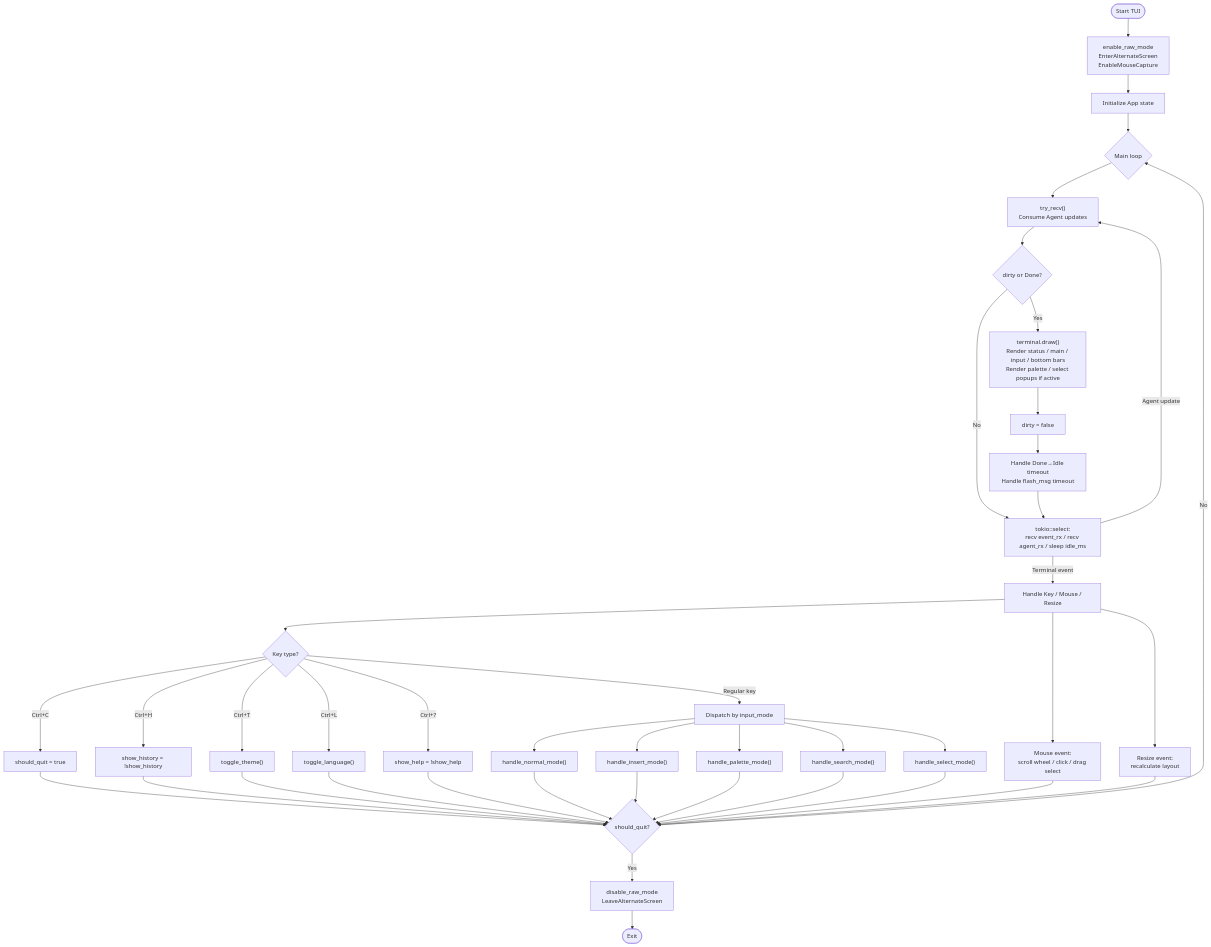
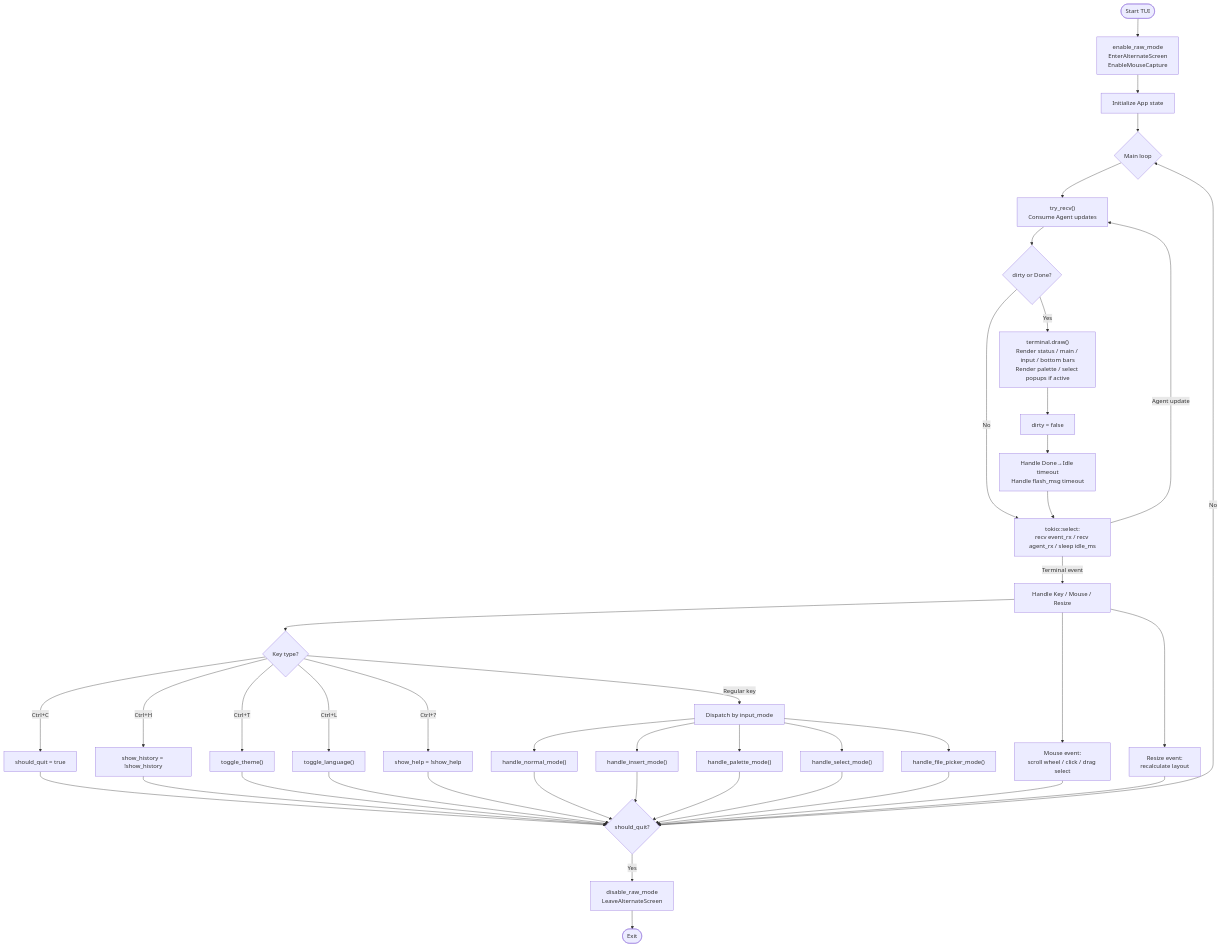
One commit to rust-infra/tact changed the eighth of 10 diagrams in ARCHITECTURE.md. Above: the diagram before and after it, drawn with Mermaid. The commit also changed other lines of this file and 13 other files, not shown here.

````diff
--- a/ARCHITECTURE.md
+++ b/ARCHITECTURE.md
@@ -437,51 +437,51 @@
 ```mermaid
 flowchart TD
     Start([Start TUI]) --> Init["enable_raw_mode<br/>EnterAlternateScreen<br/>EnableMouseCapture"]
     Init --> InitApp["Initialize App state"]
     InitApp --> LoopStart{Main loop}
 
     LoopStart --> DrainAgent["try_recv()<br/>Consume Agent updates"]
     DrainAgent --> DirtyCheck{dirty or Done?}
     DirtyCheck -- No --> WaitEvent
     DirtyCheck -- Yes --> Draw["terminal.draw()<br/>Render status / main / input / bottom bars<br/>Render palette / select popups if active"]
     Draw --> ResetDirty["dirty = false"]
     ResetDirty --> Timers["Handle Done→Idle timeout<br/>Handle flash_msg timeout"]
 
     Timers --> WaitEvent["tokio::select:<br/>recv event_rx / recv agent_rx / sleep idle_ms"]
     WaitEvent -- Agent update --> DrainAgent
     WaitEvent -- Terminal event --> HandleEvent["Handle Key / Mouse / Resize"]
 
     HandleEvent --> KeyCheck{Key type?}
     KeyCheck -- "Ctrl+C" --> SetQuit["should_quit = true"]
     KeyCheck -- "Ctrl+H" --> ToggleHist["show_history = !show_history"]
     KeyCheck -- "Ctrl+T" --> ToggleTheme["toggle_theme()"]
     KeyCheck -- "Ctrl+L" --> ToggleLang["toggle_language()"]
     KeyCheck -- "Ctrl+?" --> ToggleHelp["show_help = !show_help"]
     KeyCheck -- "Regular key" --> ModeDispatch["Dispatch by input_mode"]
 
     ModeDispatch --> Normal["handle_normal_mode()"]
     ModeDispatch --> Insert["handle_insert_mode()"]
     ModeDispatch --> Command["handle_palette_mode()"]
-    ModeDispatch --> Search["handle_search_mode()"]
     ModeDispatch --> Select["handle_select_mode()"]
+    ModeDispatch --> FilePicker["handle_file_picker_mode()"]
 
     HandleEvent --> Mouse["Mouse event:<br/>scroll wheel / click / drag select"]
     HandleEvent --> Resize["Resize event:<br/>recalculate layout"]
 
     SetQuit --> QuitCheck{should_quit?}
     ToggleHist --> QuitCheck
     ToggleTheme --> QuitCheck
     ToggleLang --> QuitCheck
     ToggleHelp --> QuitCheck
     Normal --> QuitCheck
     Insert --> QuitCheck
     Command --> QuitCheck
-    Search --> QuitCheck
     Select --> QuitCheck
+    FilePicker --> QuitCheck
     Mouse --> QuitCheck
     Resize --> QuitCheck
 
     QuitCheck -- "No" --> LoopStart
     QuitCheck -- "Yes" --> Cleanup["disable_raw_mode<br/>LeaveAlternateScreen"]
     Cleanup --> End([Exit])
 ```
````
